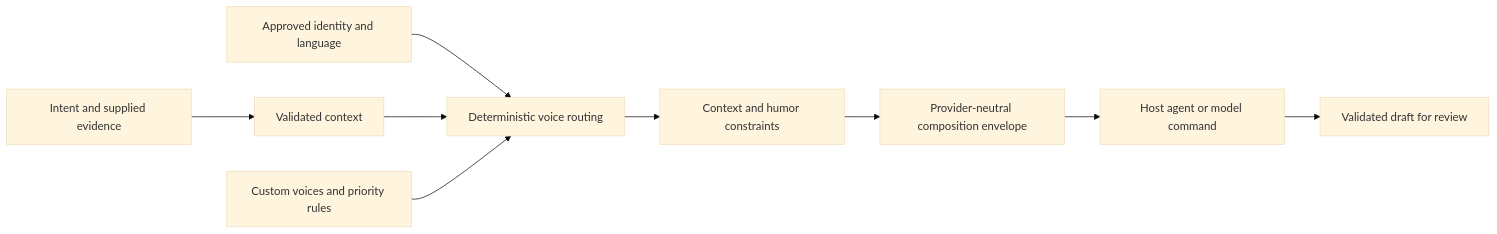
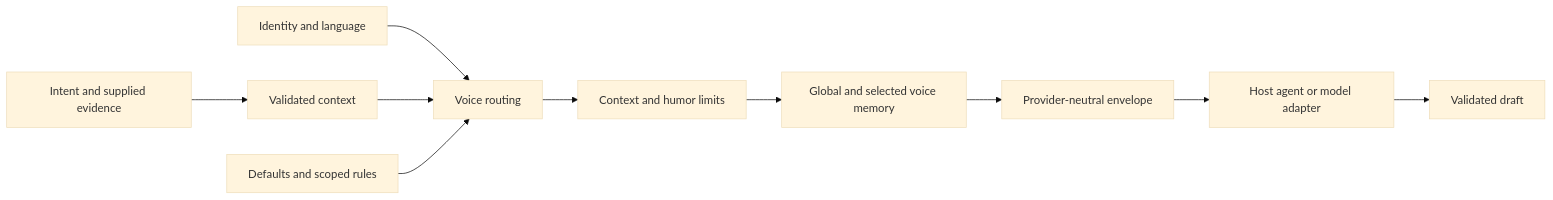
Before and after one commit to ruverd/kevin: the diagram in README.md, drawn with Mermaid (base theme). The commit also changed other lines of this file and 81 other files, not shown here.

Commit message:
Migrate runtime to Rust and ship developer voice defaults

````diff
--- a/README.md
+++ b/README.md
@@ -177,11 +254,12 @@
 ```mermaid
 flowchart LR
     A[Intent and supplied evidence] --> C[Validated context]
-    B[Approved identity and language] --> R[Deterministic voice routing]
+    B[Identity and language] --> R[Voice routing]
     C --> R
-    V[Custom voices and priority rules] --> R
-    R --> H[Context and humor constraints]
-    H --> P[Provider-neutral composition envelope]
-    P --> M[Host agent or model command]
-    M --> D[Validated draft for review]
+    V[Defaults and scoped rules] --> R
+    R --> H[Context and humor limits]
+    H --> M[Global and selected voice memory]
+    M --> P[Provider-neutral envelope]
+    P --> G[Host agent or model adapter]
+    G --> D[Validated draft]
 ```
````
